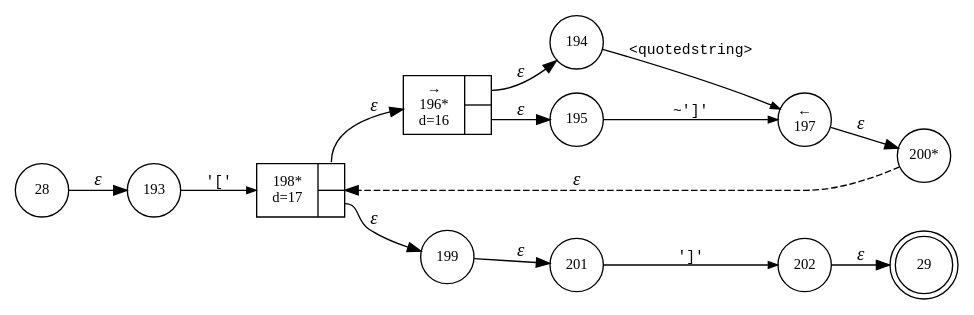
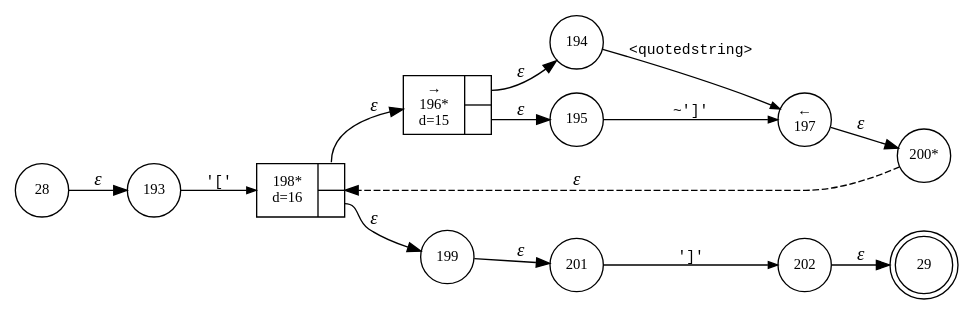
Before and after one commit to Shinigami072/Compilers-LogoInterpreter: the diagram in interpreter/logo/logo.quotedstring.dot, drawn with Graphviz. The commit also changed 20 other files, not shown here.

```diff
--- a/interpreter/logo/logo.quotedstring.dot
+++ b/interpreter/logo/logo.quotedstring.dot
@@ -1,28 +1,28 @@
 digraph ATN {
 rankdir=LR;
 s29[fontsize=11, label="29", shape=doublecircle, fixedsize=true, width=.6];
 s193[fontsize=11,label="193", shape=circle, fixedsize=true, width=.55, peripheries=1];
 s194[fontsize=11,label="194", shape=circle, fixedsize=true, width=.55, peripheries=1];
 s195[fontsize=11,label="195", shape=circle, fixedsize=true, width=.55, peripheries=1];
-s196[fontsize=11,label="{&rarr;\n196*\nd=16|{<p0>|<p1>}}", shape=record, fixedsize=false, peripheries=1];
+s196[fontsize=11,label="{&rarr;\n196*\nd=15|{<p0>|<p1>}}", shape=record, fixedsize=false, peripheries=1];
 s197[fontsize=11,label="&larr;\n197", shape=circle, fixedsize=true, width=.55, peripheries=1];
-s198[fontsize=11,label="{198*\nd=17|{<p0>|<p1>}}", shape=record, fixedsize=false, peripheries=1];
+s198[fontsize=11,label="{198*\nd=16|{<p0>|<p1>}}", shape=record, fixedsize=false, peripheries=1];
 s199[fontsize=11,label="199", shape=circle, fixedsize=true, width=.55, peripheries=1];
 s200[fontsize=11,label="200*", shape=circle, fixedsize=true, width=.55, peripheries=1];
 s201[fontsize=11,label="201", shape=circle, fixedsize=true, width=.55, peripheries=1];
 s202[fontsize=11,label="202", shape=circle, fixedsize=true, width=.55, peripheries=1];
 s28[fontsize=11,label="28", shape=circle, fixedsize=true, width=.55, peripheries=1];
 s28 -> s193 [fontname="Times-Italic", label="&epsilon;"];
 s193 -> s198 [fontsize=11, fontname="Courier", arrowsize=.7, label = "'['", arrowhead = normal];
 s198:p0 -> s196 [fontname="Times-Italic", label="&epsilon;"];
 s198:p1 -> s199 [fontname="Times-Italic", label="&epsilon;"];
 s196:p0 -> s194 [fontname="Times-Italic", label="&epsilon;"];
 s196:p1 -> s195 [fontname="Times-Italic", label="&epsilon;"];
 s199 -> s201 [fontname="Times-Italic", label="&epsilon;"];
 s194 -> s197 [fontsize=11, fontname="Courier", arrowsize=.7, label = "<quotedstring>", arrowhead = normal];
 s195 -> s197 [fontsize=11, fontname="Courier", arrowsize=.7, label = "~']'", arrowhead = normal];
 s201 -> s202 [fontsize=11, fontname="Courier", arrowsize=.7, label = "']'", arrowhead = normal];
 s197 -> s200 [fontname="Times-Italic", label="&epsilon;"];
 s202 -> s29 [fontname="Times-Italic", label="&epsilon;"];
 s200 -> s198 [fontname="Times-Italic", label="&epsilon;", style="dashed"];
 }
```
